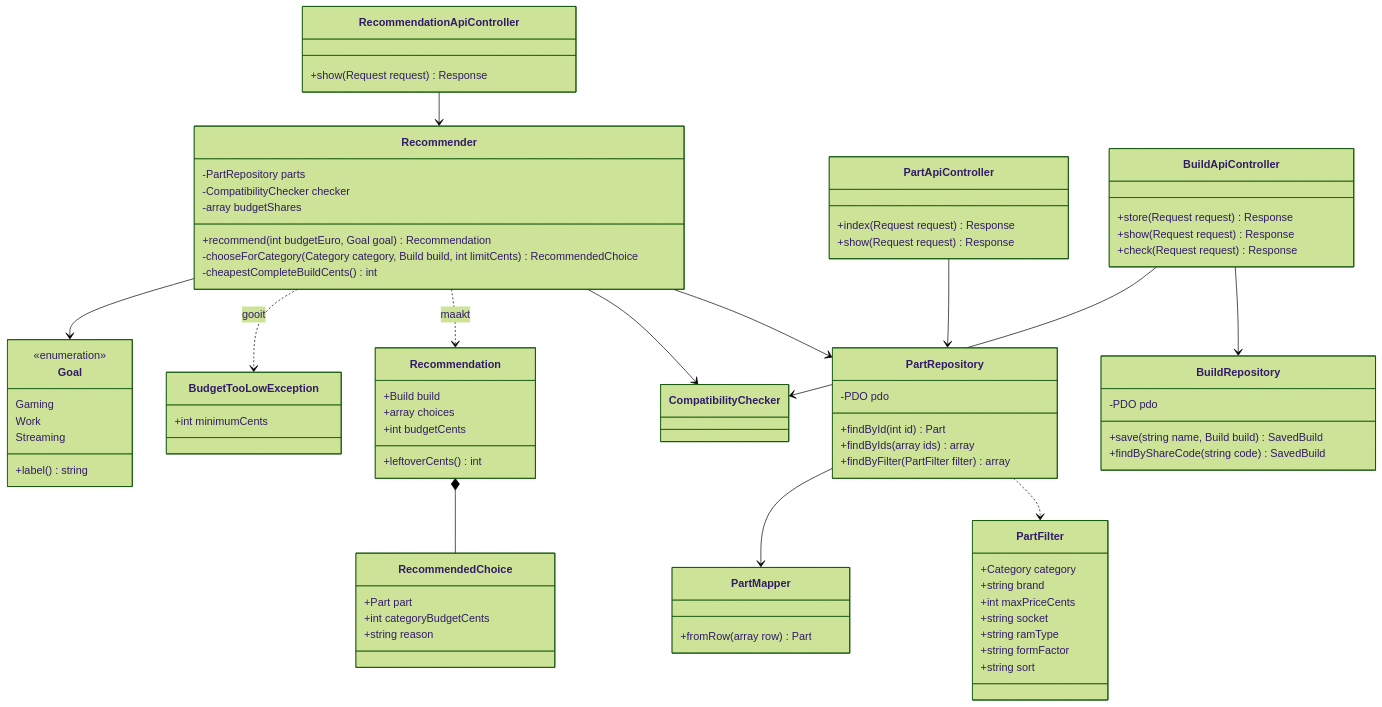
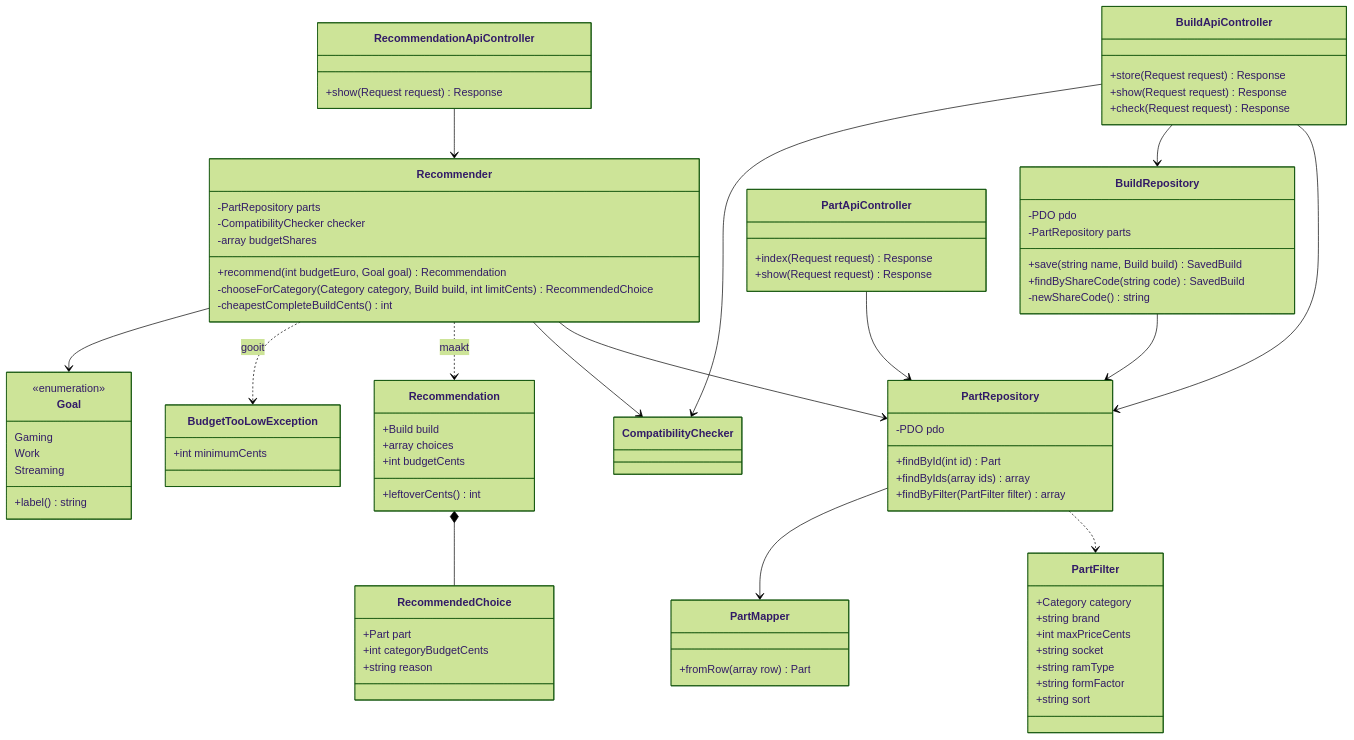
One commit to Niels023/pc-bouwplanner changed the sixth of 9 diagrams in docs/ontwerp.md. Above: the diagram before and after it, drawn with Mermaid (forest theme). The commit also changed other lines of this file and 4 other files, not shown here.

````diff
--- a/docs/ontwerp.md
+++ b/docs/ontwerp.md
@@ -449,8 +449,10 @@
     }
     class BuildRepository {
         -PDO pdo
+        -PartRepository parts
         +save(string name, Build build) SavedBuild
         +findByShareCode(string code) SavedBuild
+        -newShareCode() string
     }
     class PartApiController {
         +index(Request request) Response
@@ -474,7 +476,9 @@
     PartRepository ..> PartFilter
     PartRepository --> PartMapper
     PartApiController --> PartRepository
+    BuildApiController --> PartRepository
     BuildApiController --> BuildRepository
     BuildApiController --> CompatibilityChecker
+    BuildRepository --> PartRepository
     RecommendationApiController --> Recommender
 ```
````
